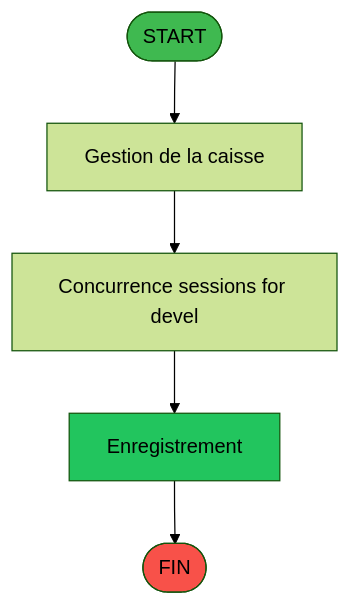
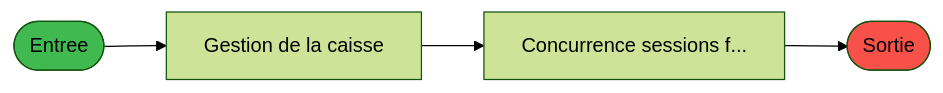
One commit to thonyAGP/lecteur-magic changed the first of 3 diagrams in .openspec/specs/ADH-IDE-121.md. Above: the diagram before and after it, drawn with Mermaid (forest theme). The commit also changed other lines of this file and 36 other files, not shown here.

First line of the commit message:
feat(pipeline): ticket pipeline v2.0 hybrid architecture

````diff
--- a/.openspec/specs/ADH-IDE-121.md
+++ b/.openspec/specs/ADH-IDE-121.md
@@ -134,14 +132,12 @@
 ```mermaid
-flowchart TD
-    START([START])
+flowchart LR
+    START([Entree])
     style START fill:#3fb950
     F1[Gestion de la caisse]
     START --> F1
-    F2[Concurrence sessions for devel]
+    F2[Concurrence sessions f...]
     F1 --> F2
-    F2 --> SAVE[Enregistrement]
-    style SAVE fill:#22c55e
-    SAVE --> ENDOK
-    ENDOK([FIN])
-    style ENDOK fill:#f85149
+    FIN([Sortie])
+    style FIN fill:#f85149
+    F2 --> FIN
 ```
````
